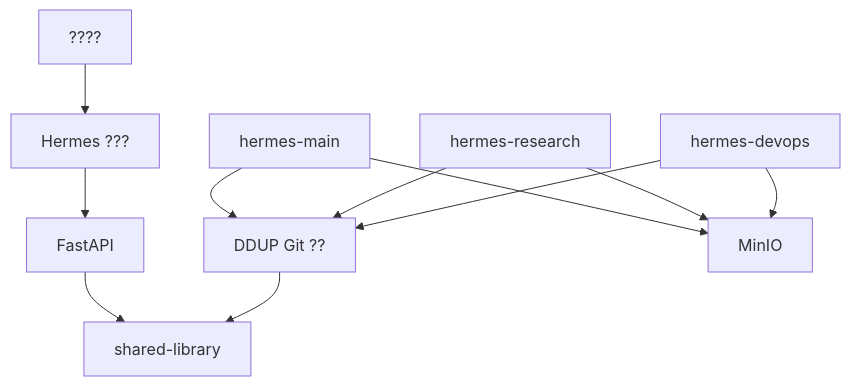
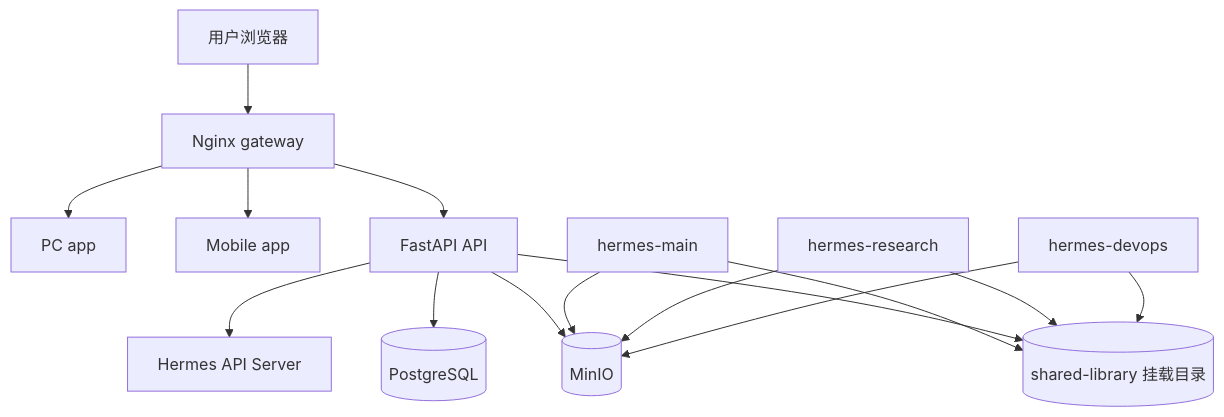
One commit to jiezho/DDUP changed the third of 3 diagrams in docs/architecture/hermes-multi-instance-audit.md. Above: the diagram before and after it, drawn with Mermaid. The commit also changed other lines of this file and 24 other files, not shown here.

````diff
--- a/docs/architecture/hermes-multi-instance-audit.md
+++ b/docs/architecture/hermes-multi-instance-audit.md
@@ -124,23 +196,23 @@
 ```mermaid
 flowchart TB
-    User[????]
-    Admin[Hermes ???]
-    Api[FastAPI]
-    Main[hermes-main]
-    Research[hermes-research]
-    Devops[hermes-devops]
-    Git[DDUP Git ??]
-    Minio[MinIO]
-    Shared[shared-library]
+    Browser[用户浏览器] --> Gateway[Nginx gateway]
+    Gateway --> PC[PC app]
+    Gateway --> Mobile[Mobile app]
+    Gateway --> API[FastAPI API]
 
-    User --> Admin
-    Admin --> Api
-    Api --> Shared
-    Main --> Git
-    Research --> Git
-    Devops --> Git
-    Main --> Minio
-    Research --> Minio
-    Devops --> Minio
-    Git --> Shared
+    API --> Shared[(shared-library 挂载目录)]
+    API --> DB[(PostgreSQL)]
+    API --> MinIO[(MinIO)]
+    API --> HermesAPI[Hermes API Server]
+
+    HermesMain[hermes-main]
+    HermesResearch[hermes-research]
+    HermesDevops[hermes-devops]
+
+    HermesMain --> Shared
+    HermesResearch --> Shared
+    HermesDevops --> Shared
+    HermesMain --> MinIO
+    HermesResearch --> MinIO
+    HermesDevops --> MinIO
 ```
````
